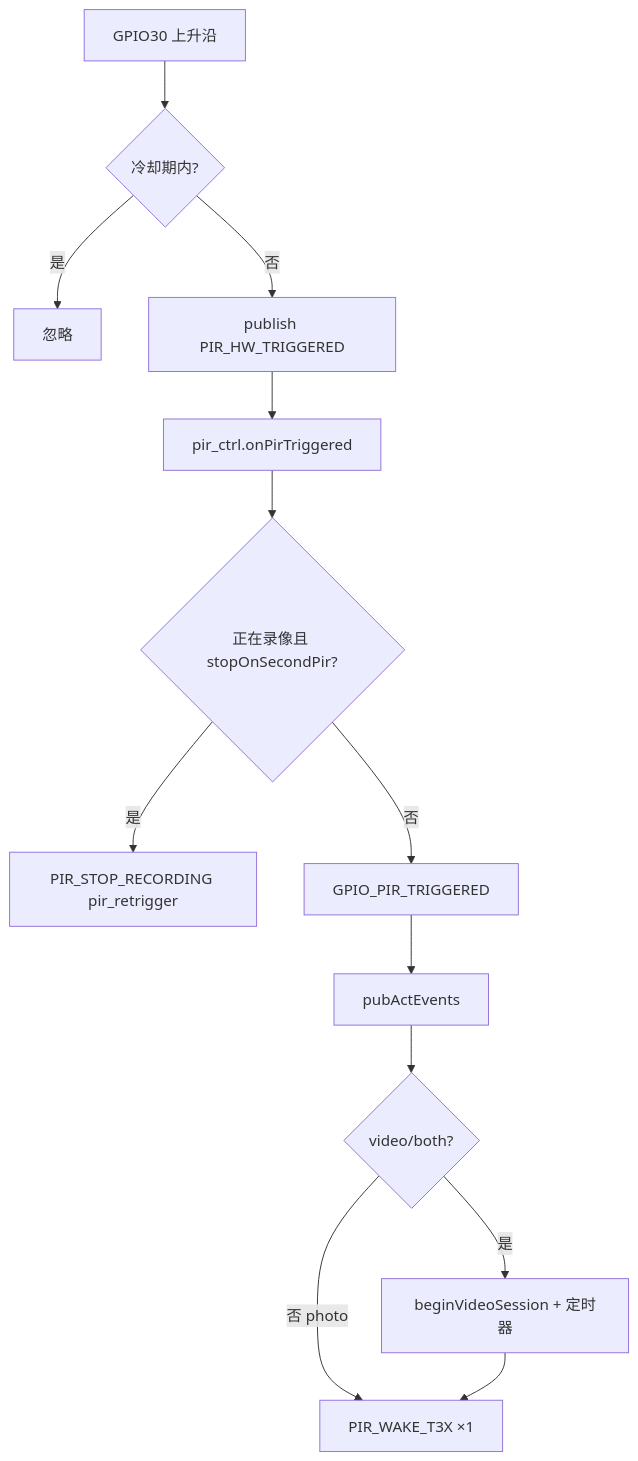
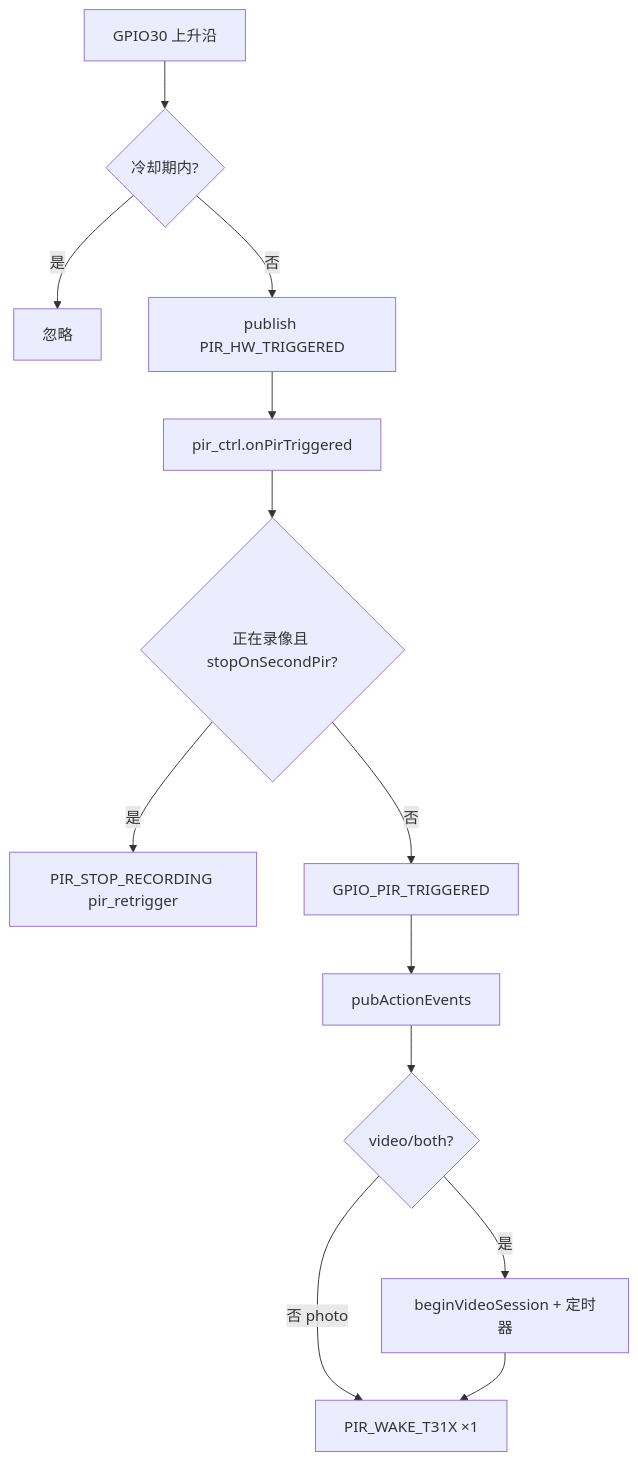
One commit to dzr1986/AIR780EHM changed the fourth of 4 diagrams in doc/PIR_HARDWARE.md. Above: the diagram before and after it, drawn with Mermaid. The commit also changed other lines of this file and 402 other files, not shown here.

````diff
--- a/doc/PIR_HARDWARE.md
+++ b/doc/PIR_HARDWARE.md
@@ -167,15 +167,15 @@
 ```mermaid
 flowchart TD
     A[GPIO30 上升沿] --> B{冷却期内?}
     B -->|是| Z[忽略]
     B -->|否| C[publish PIR_HW_TRIGGERED]
     C --> D[pir_ctrl.onPirTriggered]
     D --> E{正在录像且 stopOnSecondPir?}
     E -->|是| F[PIR_STOP_RECORDING pir_retrigger]
     E -->|否| G[GPIO_PIR_TRIGGERED]
-    G --> H[pubActEvents]
+    G --> H[pubActionEvents]
     H --> I{video/both?}
     I -->|是| K[beginVideoSession + 定时器]
     I -->|否 photo| J
-    K --> J[PIR_WAKE_T3X ×1]
+    K --> J[PIR_WAKE_T31X ×1]
 ```
````
